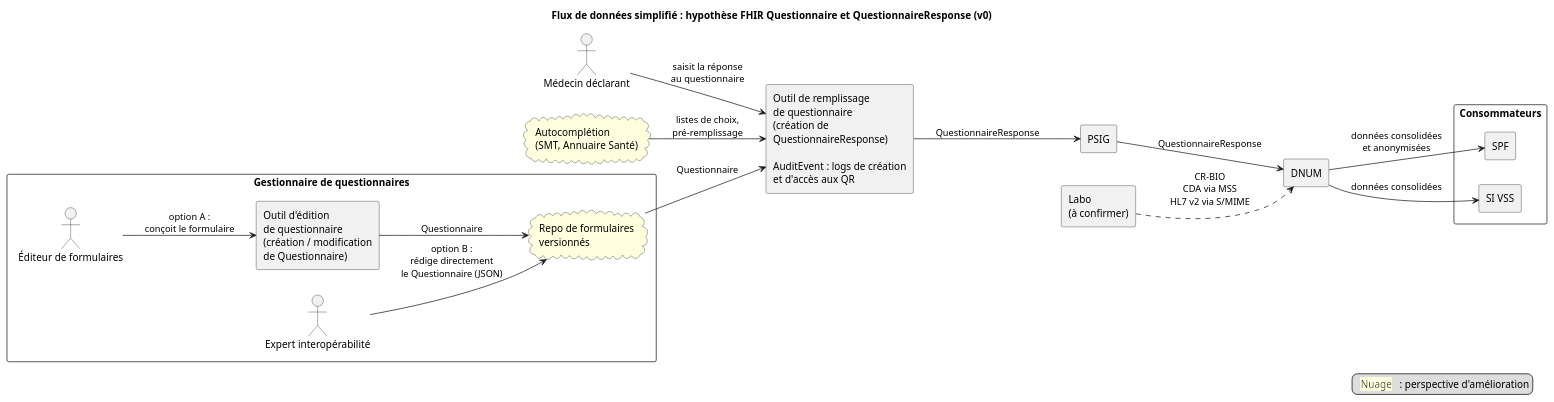
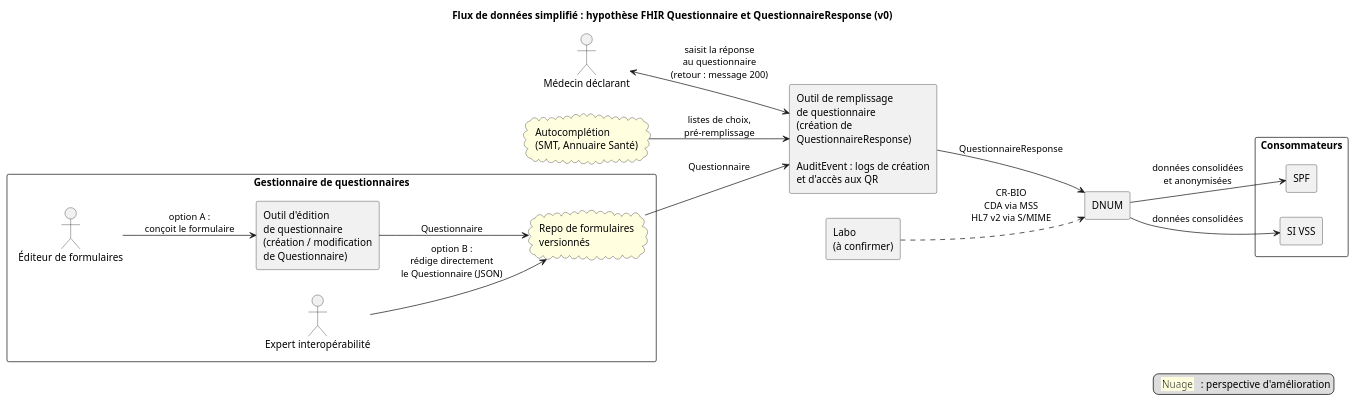
The diagram in input/images-source/architecture-flux-donnees-simplifie.plantuml (nriss/ig-test-dmso), drawn with PlantUML before and after one commit.

Commit message:
Diagramme flux simplifié : retire PSIG, double flèche médecin / outil de remplissage

```diff
--- a/input/images-source/architecture-flux-donnees-simplifie.plantuml
+++ b/input/images-source/architecture-flux-donnees-simplifie.plantuml
@@ -1,40 +1,38 @@
 @startuml
 ' Version 0 - à améliorer
 title Flux de données simplifié : hypothèse FHIR Questionnaire et QuestionnaireResponse (v0)
 
 left to right direction
 
 rectangle "Gestionnaire de questionnaires" as GQ {
   actor "Éditeur de formulaires" as ED
   actor "Expert interopérabilité" as EI
   rectangle "Outil d'édition\nde questionnaire\n(création / modification\nde Questionnaire)" as FD
   cloud "Repo de formulaires\nversionnés" as FM #LightYellow
 }
 actor "Médecin déclarant" as PS
 
 rectangle "Outil de remplissage\nde questionnaire\n(création de\nQuestionnaireResponse)\n\nAuditEvent : logs de création\net d'accès aux QR" as FF
 cloud "Autocomplétion\n(SMT, Annuaire Santé)" as AC #LightYellow
-rectangle "PSIG" as PSIG
 rectangle "DNUM" as DNUM
 rectangle "Labo\n(à confirmer)" as DMP
 rectangle "Consommateurs" as DEST {
   rectangle "SPF" as SPF
   rectangle "SI VSS" as VSS
 }
 
 ED --> FD : option A :\nconçoit le formulaire
 FD --> FM : Questionnaire
 EI --> FM : option B :\nrédige directement\nle Questionnaire (JSON)
 FM --> FF : Questionnaire
 AC --> FF : listes de choix,\npré-remplissage
-PS --> FF : saisit la réponse\nau questionnaire
-FF --> PSIG : QuestionnaireResponse
-PSIG --> DNUM : QuestionnaireResponse
+PS <--> FF : saisit la réponse\nau questionnaire\n(retour : message 200)
+FF --> DNUM : QuestionnaireResponse
 DMP ..> DNUM : CR-BIO\nCDA via MSS\nHL7 v2 via S/MIME
 DNUM --> VSS : données consolidées
 DNUM --> SPF : données consolidées\net anonymisées
 
 legend right
   <back:LightYellow>  Nuage  </back> : perspective d'amélioration
 endlegend
 @enduml
```
